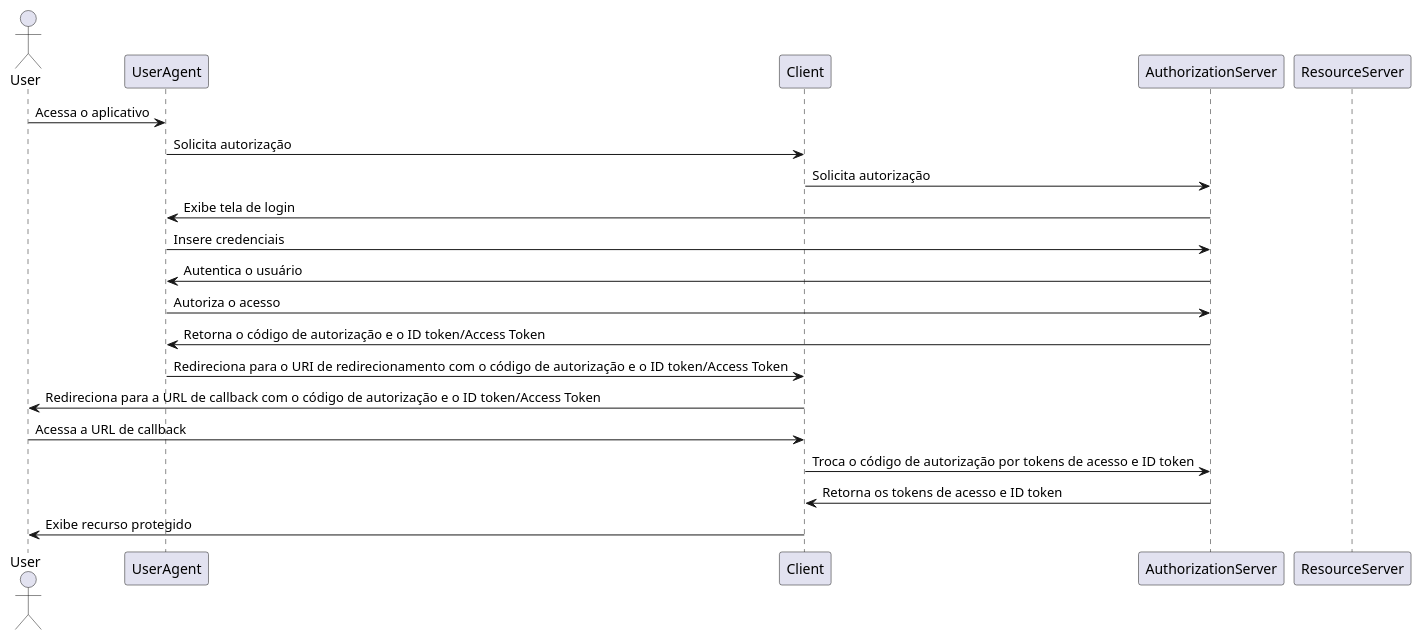
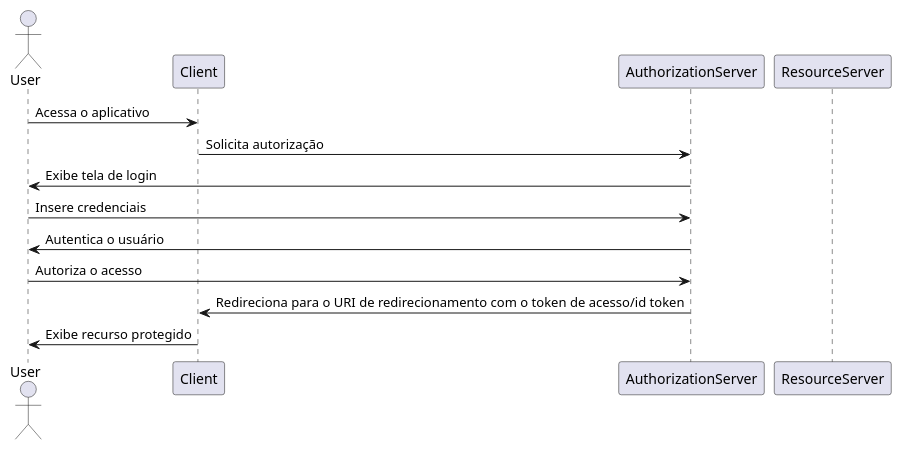
One commit to leoCardosoDev/fullcycle_keycloak changed the diagram in authentication-flow/implicit-flow/implicit-flow.wsd. Above: the diagram before and after it, drawn with PlantUML. The commit also changed 4 other files, not shown here.

```diff
--- a/authentication-flow/implicit-flow/implicit-flow.wsd
+++ b/authentication-flow/implicit-flow/implicit-flow.wsd
@@ -1,24 +1,16 @@
 @startuml implicit-flow
 
 actor User
-participant UserAgent
 participant Client
 participant AuthorizationServer
 participant ResourceServer
 
-User -> UserAgent: Acessa o aplicativo
-UserAgent -> Client: Solicita autorização
+User -> Client: Acessa o aplicativo
 Client -> AuthorizationServer: Solicita autorização
-AuthorizationServer -> UserAgent: Exibe tela de login
-UserAgent -> AuthorizationServer: Insere credenciais
-AuthorizationServer -> UserAgent: Autentica o usuário
-UserAgent -> AuthorizationServer: Autoriza o acesso
-AuthorizationServer -> UserAgent: Retorna o código de autorização e o ID token/Access Token
-UserAgent -> Client: Redireciona para o URI de redirecionamento com o código de autorização e o ID token/Access Token
-Client -> User: Redireciona para a URL de callback com o código de autorização e o ID token/Access Token
-User -> Client: Acessa a URL de callback
-Client -> AuthorizationServer: Troca o código de autorização por tokens de acesso e ID token
-AuthorizationServer -> Client: Retorna os tokens de acesso e ID token
+AuthorizationServer -> User: Exibe tela de login
+User -> AuthorizationServer: Insere credenciais
+AuthorizationServer -> User: Autentica o usuário
+User -> AuthorizationServer: Autoriza o acesso
+AuthorizationServer -> Client: Redireciona para o URI de redirecionamento com o token de acesso/id token
 Client -> User: Exibe recurso protegido
-
 @enduml
```
